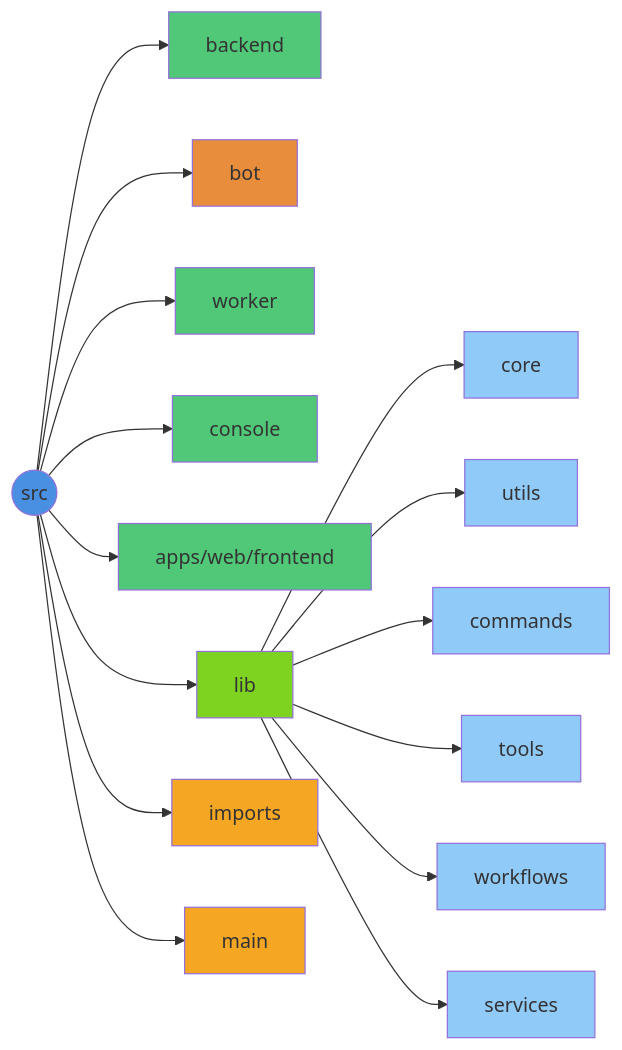
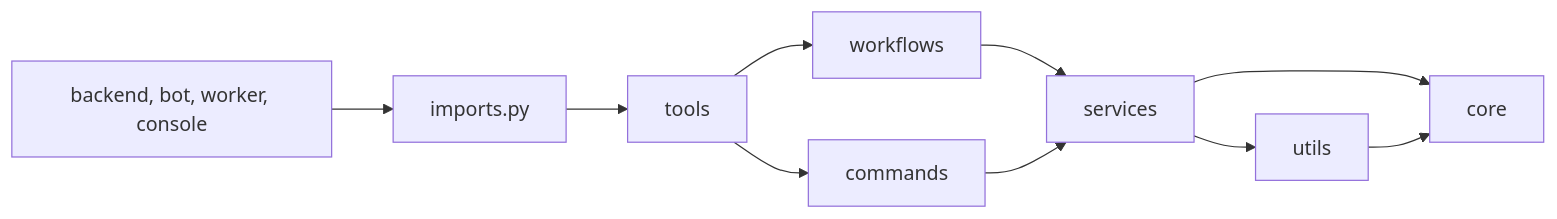
Before and after one commit to AmreetKumarkhuntia/knik: the diagram in docs/README.md, drawn with Mermaid. The commit also changed other lines of this file and 30 other files, not shown here.

````diff
--- a/docs/README.md
+++ b/docs/README.md
@@ -65,33 +85,12 @@
 ```mermaid
 flowchart LR
-    src((src)) --> backend
-    src --> bot
-    src --> worker
-    src --> console
-    src --> frontend["apps/web/frontend"]
-    src --> lib
-    src --> imports
-    src --> main
-    lib --> core
-    lib --> utils
-    lib --> commands
-    lib --> tools
-    lib --> workflows
-    lib --> services
-
-    style src fill:#4a90e2
-    style imports fill:#f5a623
-    style main fill:#f5a623
-    style lib fill:#7ed321
-    style backend fill:#50c878
-    style worker fill:#50c878
-    style console fill:#50c878
-    style frontend fill:#50c878
-    style bot fill:#e88d3c
-    style core fill:#90caf9
-    style utils fill:#90caf9
-    style commands fill:#90caf9
-    style tools fill:#90caf9
-    style workflows fill:#90caf9
-    style services fill:#90caf9
+    apps["backend, bot, worker, console"] --> imports["imports.py"]
+    imports --> tools
+    tools --> workflows
+    tools --> commands
+    workflows --> services
+    commands --> services
+    services --> utils
+    services --> core
+    utils --> core
 ```
````
